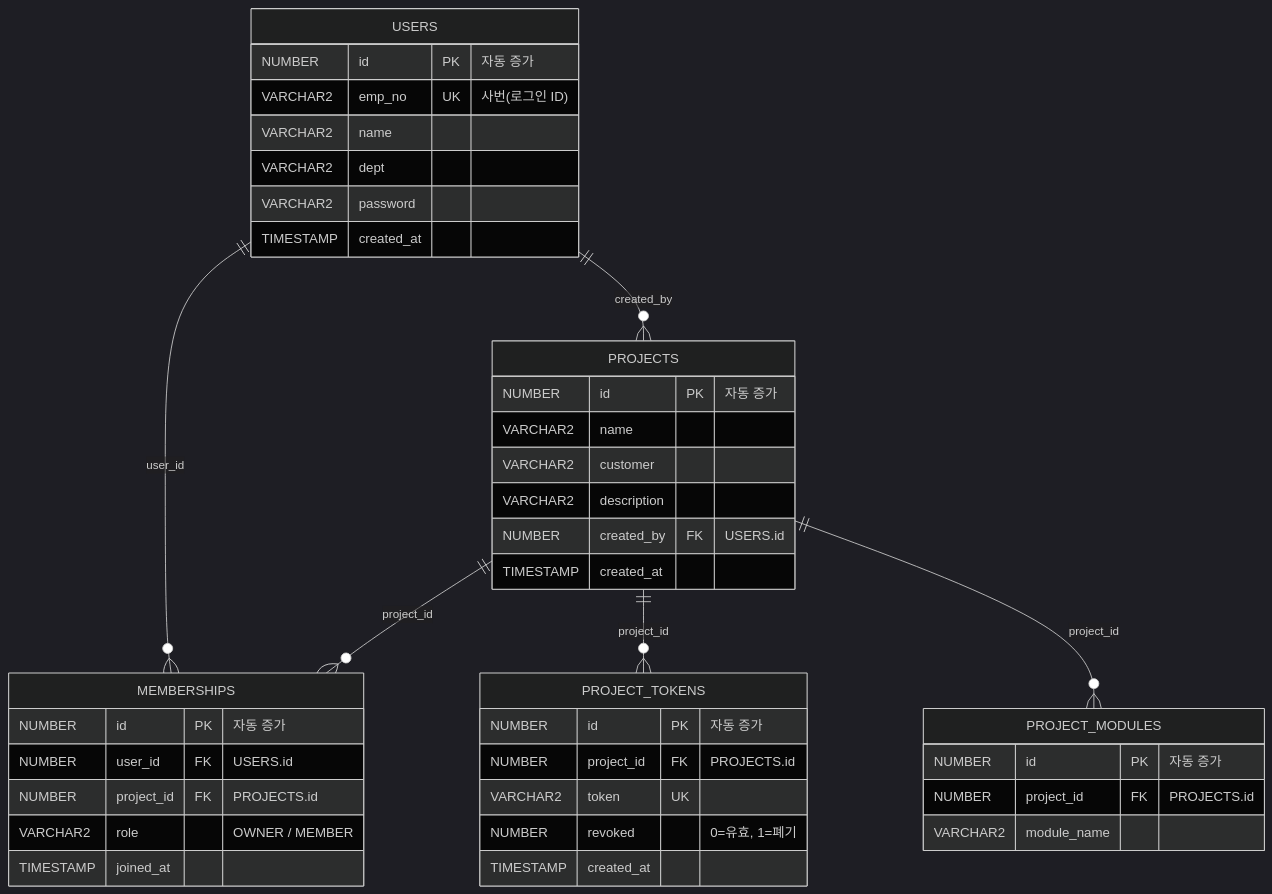
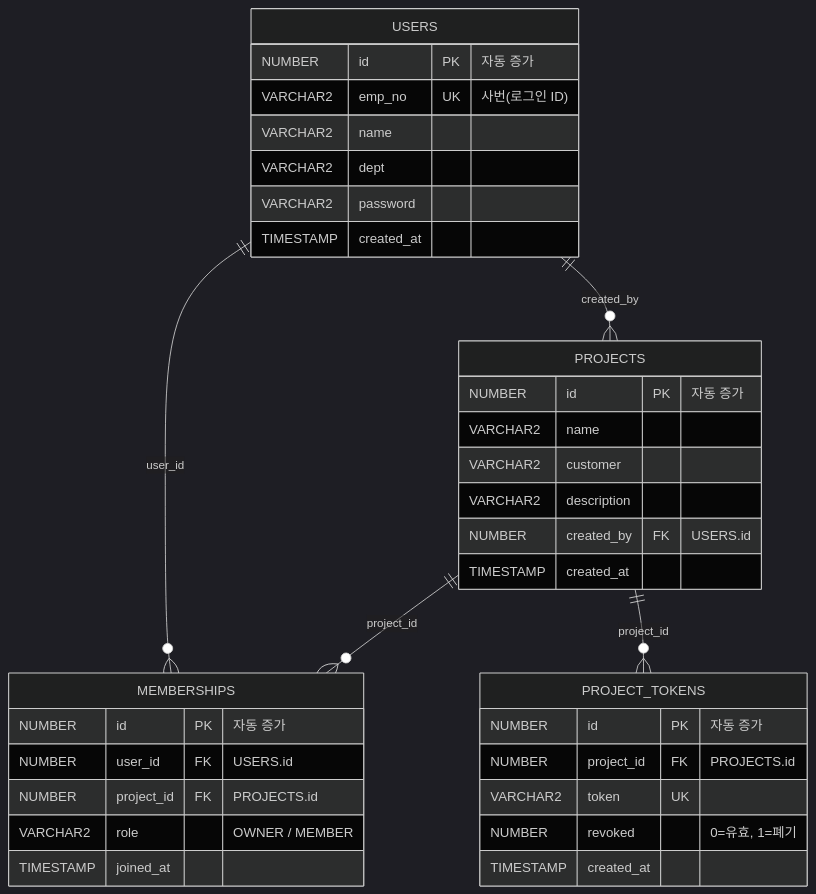
Before and after one commit to jihunhan98/semes-superrookie: the diagram in docs/테이블명세서.md, drawn with Mermaid (dark theme). The commit also changed other lines of this file and 55 other files, not shown here.

````diff
--- a/docs/테이블명세서.md
+++ b/docs/테이블명세서.md
@@ -72,44 +65,38 @@
 ```mermaid
 erDiagram
     USERS ||--o{ PROJECTS : "created_by"
     USERS ||--o{ MEMBERSHIPS : "user_id"
     PROJECTS ||--o{ MEMBERSHIPS : "project_id"
     PROJECTS ||--o{ PROJECT_TOKENS : "project_id"
-    PROJECTS ||--o{ PROJECT_MODULES : "project_id"
 
     USERS {
         NUMBER       id            PK "자동 증가"
         VARCHAR2     emp_no        UK "사번(로그인 ID)"
         VARCHAR2     name
         VARCHAR2     dept
         VARCHAR2     password
         TIMESTAMP    created_at
     }
     PROJECTS {
         NUMBER       id            PK "자동 증가"
         VARCHAR2     name
         VARCHAR2     customer
         VARCHAR2     description
         NUMBER       created_by    FK "USERS.id"
         TIMESTAMP    created_at
     }
     MEMBERSHIPS {
         NUMBER       id            PK "자동 증가"
         NUMBER       user_id       FK "USERS.id"
         NUMBER       project_id    FK "PROJECTS.id"
         VARCHAR2     role          "OWNER / MEMBER"
         TIMESTAMP    joined_at
     }
     PROJECT_TOKENS {
         NUMBER       id            PK "자동 증가"
         NUMBER       project_id    FK "PROJECTS.id"
         VARCHAR2     token         UK
         NUMBER       revoked       "0=유효, 1=폐기"
         TIMESTAMP    created_at
     }
-    PROJECT_MODULES {
-        NUMBER       id            PK "자동 증가"
-        NUMBER       project_id    FK "PROJECTS.id"
-        VARCHAR2     module_name
-    }
 ```
````
